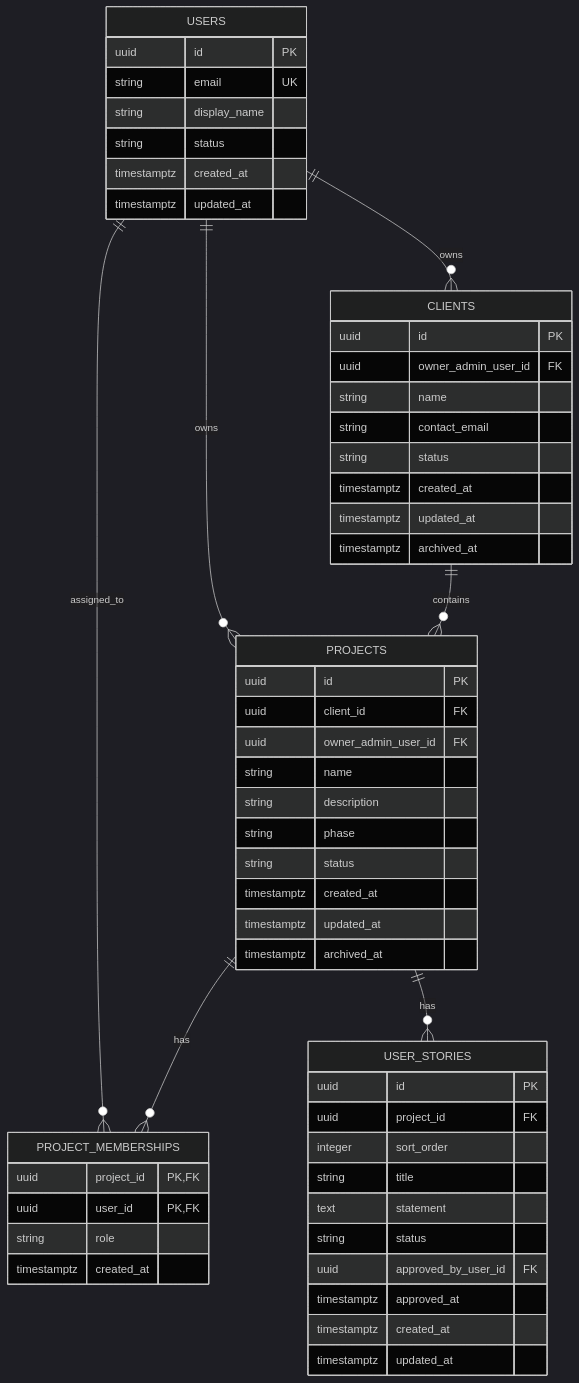
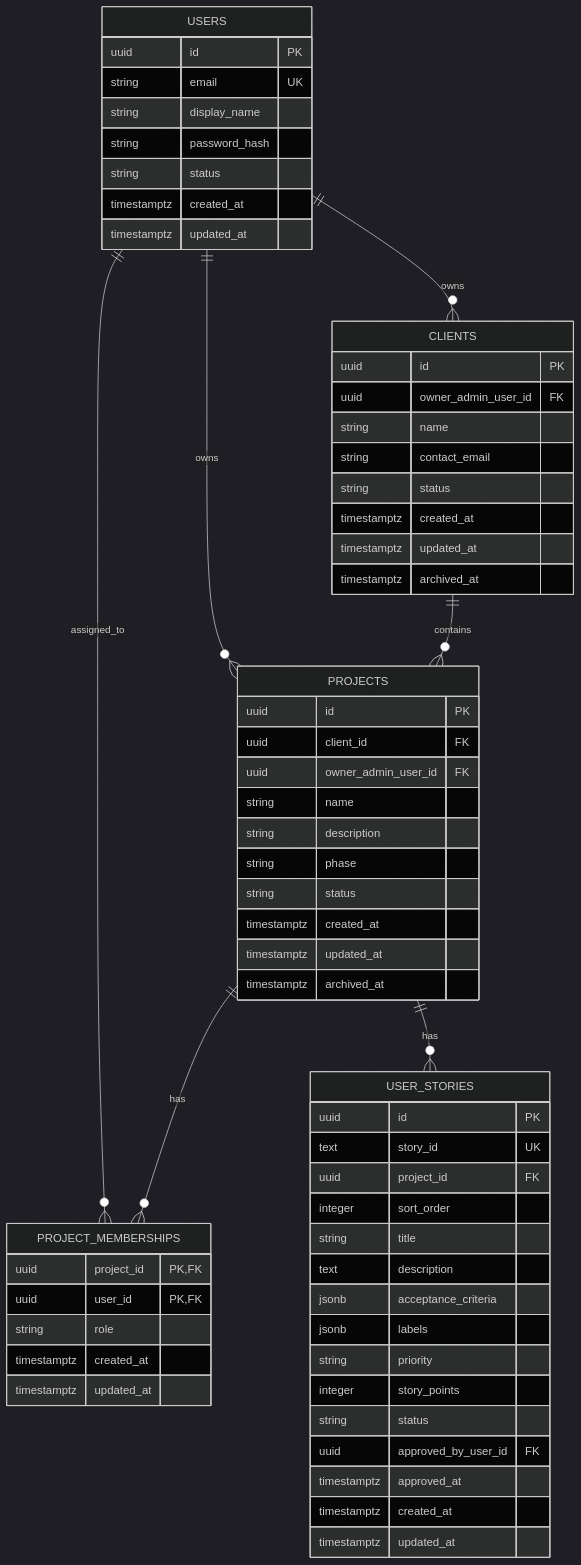
Before and after one commit to alonsovndev/open-projects-hub-docs: the diagram in docs/04-database/database-design.md, drawn with Mermaid (dark theme). The commit also changed other lines of this file and 1 other file, not shown here.

````diff
--- a/docs/04-database/database-design.md
+++ b/docs/04-database/database-design.md
@@ -51,62 +51,69 @@
 ```mermaid
 erDiagram
     USERS ||--o{ CLIENTS : owns
     USERS ||--o{ PROJECTS : owns
     USERS ||--o{ PROJECT_MEMBERSHIPS : assigned_to
     PROJECTS ||--o{ PROJECT_MEMBERSHIPS : has
     CLIENTS ||--o{ PROJECTS : contains
     PROJECTS ||--o{ USER_STORIES : has
 
     USERS {
         uuid id PK
         string email UK
         string display_name
+        string password_hash
         string status
         timestamptz created_at
         timestamptz updated_at
     }
 
     CLIENTS {
         uuid id PK
         uuid owner_admin_user_id FK
         string name
         string contact_email
         string status
         timestamptz created_at
         timestamptz updated_at
         timestamptz archived_at
     }
 
     PROJECTS {
         uuid id PK
         uuid client_id FK
         uuid owner_admin_user_id FK
         string name
         string description
         string phase
         string status
         timestamptz created_at
         timestamptz updated_at
         timestamptz archived_at
     }
 
     PROJECT_MEMBERSHIPS {
         uuid project_id PK,FK
         uuid user_id PK,FK
         string role
         timestamptz created_at
+        timestamptz updated_at
     }
 
     USER_STORIES {
         uuid id PK
+        text story_id UK
         uuid project_id FK
         integer sort_order
         string title
-        text statement
+        text description
+        jsonb acceptance_criteria
+        jsonb labels
+        string priority
+        integer story_points
         string status
         uuid approved_by_user_id FK
         timestamptz approved_at
         timestamptz created_at
         timestamptz updated_at
     }
 ```
````
